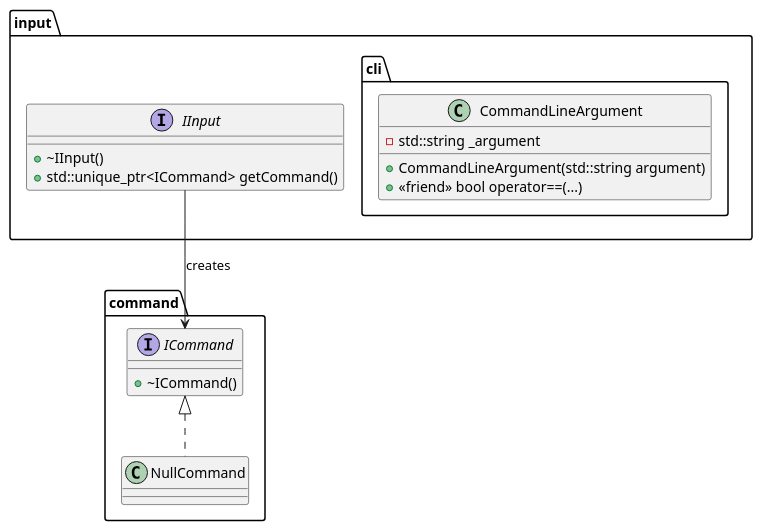
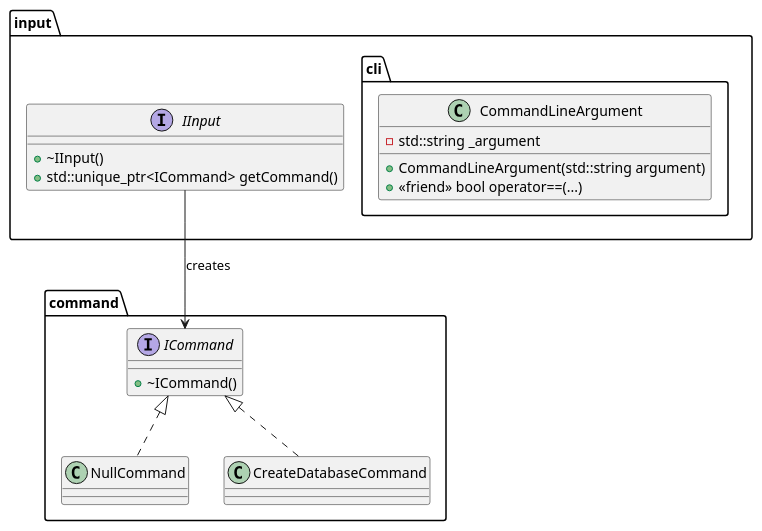
Before and after one commit to Payzman/simple-issue-tracker: the diagram in doc/class.puml, drawn with PlantUML. The commit also changed 2 other files, not shown here.

Commit message:
refactor: Moved create database command

```diff
--- a/doc/class.puml
+++ b/doc/class.puml
@@ -1,24 +1,25 @@
 @startuml
 package command {
   interface ICommand {
     +~ICommand()
   }
   class NullCommand implements ICommand
+  class CreateDatabaseCommand implements ICommand
 }
 
 package input {
   interface IInput {
     +~IInput()
     +std::unique_ptr<ICommand> getCommand()
   }
   package cli {
     class CommandLineArgument {
       +CommandLineArgument(std::string argument)
       +<<friend>> bool operator==(...)
       -std::string _argument
     }
   }
 }
 
 IInput --> ICommand : creates
 @enduml
```
